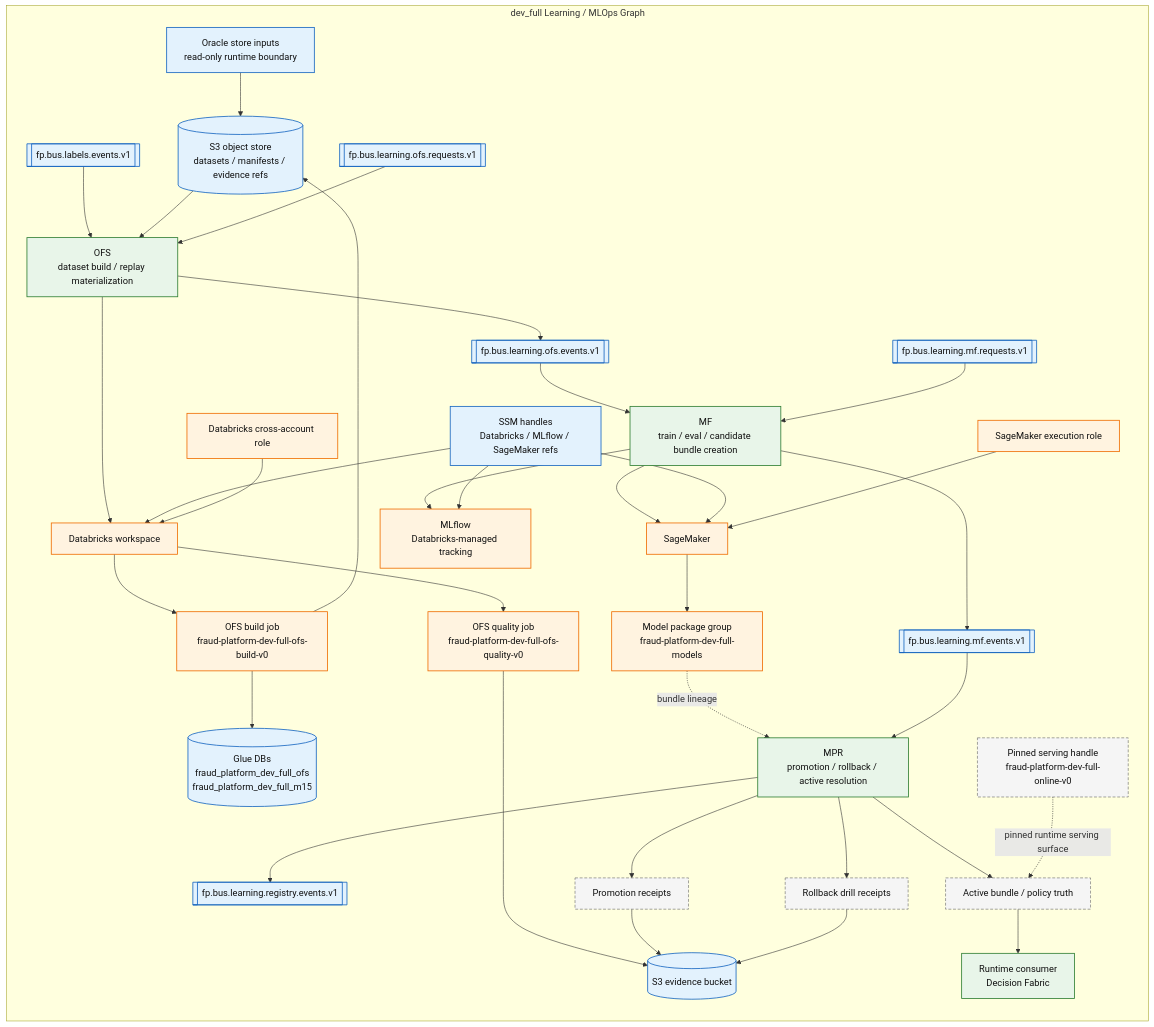
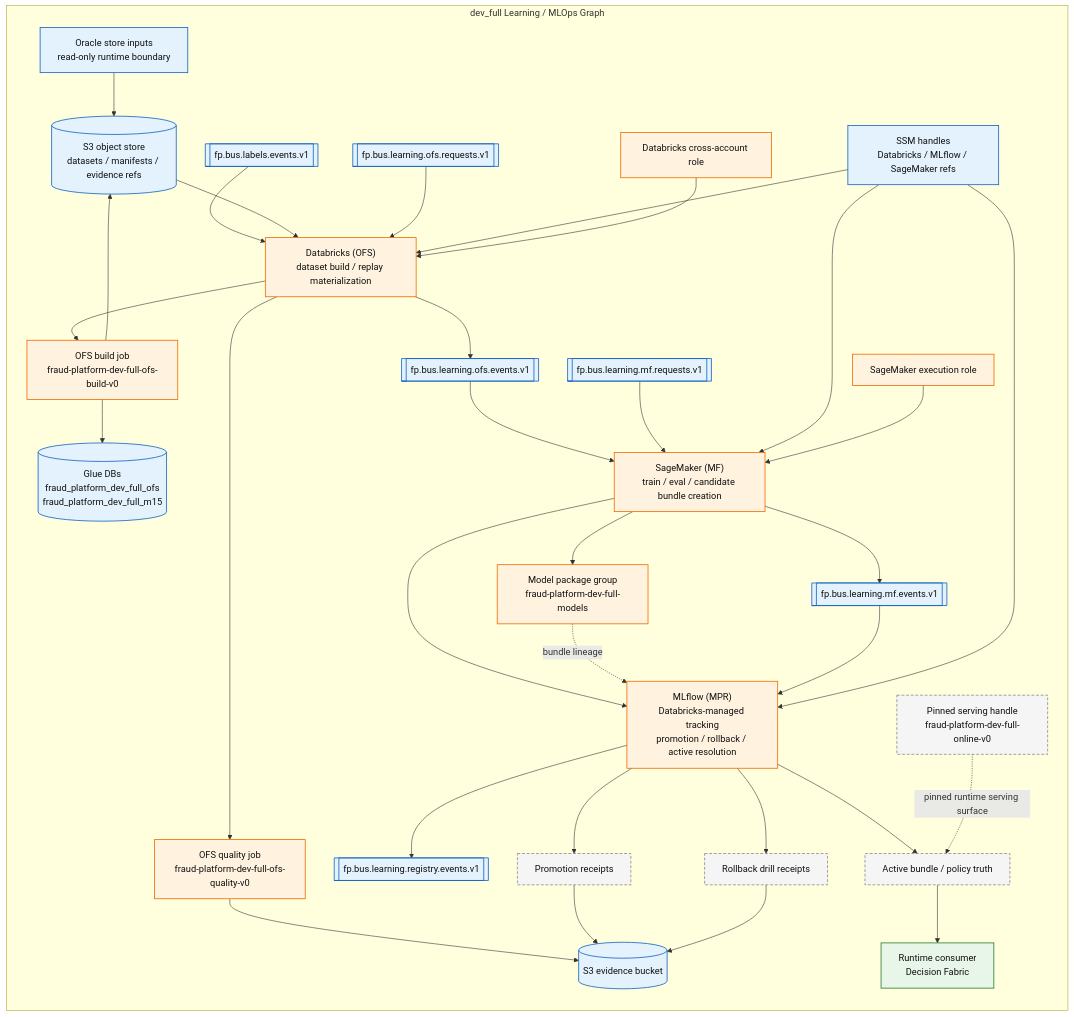
The diagram in docs/design/platform/dev_full/graph/dev_full_platform_learning_mlops_current_v0.mermaid.mmd (EsosaOrumwese/fraud-detection-system), drawn with Mermaid before and after one commit. The commit also changed 8 other files, not shown here.

Commit message:
Refactor learning-plane modeling and add resource topology graph for clarity

```diff
--- a/docs/design/platform/dev_full/graph/dev_full_platform_learning_mlops_current_v0.mermaid.mmd
+++ b/docs/design/platform/dev_full/graph/dev_full_platform_learning_mlops_current_v0.mermaid.mmd
@@ -1,82 +1,77 @@
 ---
 config:
   layout: dagre
   theme: default
 ---
 flowchart LR
 
   subgraph LEARN["dev_full Learning / MLOps Graph"]
     ORACLE["Oracle store inputs<br>read-only runtime boundary"]
     OBJ[("S3 object store<br>datasets / manifests / evidence refs")]
     TLABELS[["fp.bus.labels.events.v1"]]
     TOFSREQ[["fp.bus.learning.ofs.requests.v1"]]
     TOFSEVT[["fp.bus.learning.ofs.events.v1"]]
     TMFREQ[["fp.bus.learning.mf.requests.v1"]]
     TMFEVT[["fp.bus.learning.mf.events.v1"]]
     TREG[["fp.bus.learning.registry.events.v1"]]
 
-    OFS["OFS<br>dataset build / replay materialization"]
-    DBX["Databricks workspace"]
+    DBX["Databricks (OFS)<br>dataset build / replay materialization"]
     DBXBUILD["OFS build job<br>fraud-platform-dev-full-ofs-build-v0"]
     DBXQUAL["OFS quality job<br>fraud-platform-dev-full-ofs-quality-v0"]
     GLUEDB[("Glue DBs<br>fraud_platform_dev_full_ofs<br>fraud_platform_dev_full_m15")]
 
-    MF["MF<br>train / eval / candidate bundle creation"]
-    SM["SageMaker"]
-    MLFLOW["MLflow<br>Databricks-managed tracking"]
+    SM["SageMaker (MF)<br>train / eval / candidate bundle creation"]
+    MLFLOW["MLflow (MPR)<br>Databricks-managed tracking<br>promotion / rollback / active resolution"]
     SMPKG["Model package group<br>fraud-platform-dev-full-models"]
     SMENDPT["Pinned serving handle<br>fraud-platform-dev-full-online-v0"]
 
-    MPR["MPR<br>promotion / rollback / active resolution"]
     REGACTIVE["Active bundle / policy truth"]
     DF["Runtime consumer<br>Decision Fabric"]
 
     EVID[("S3 evidence bucket")]
     PROMO["Promotion receipts"]
     ROLLBACK["Rollback drill receipts"]
     SSM["SSM handles<br>Databricks / MLflow / SageMaker refs"]
     ROLEDBX["Databricks cross-account role"]
     ROLESM["SageMaker execution role"]
   end
 
   ORACLE --> OBJ
-  TLABELS --> OFS
-  OBJ --> OFS
-  TOFSREQ --> OFS
-  OFS --> DBX
+  TLABELS --> DBX
+  OBJ --> DBX
+  TOFSREQ --> DBX
   DBX --> DBXBUILD
   DBX --> DBXQUAL
   DBXBUILD --> GLUEDB
   DBXBUILD --> OBJ
   DBXQUAL --> EVID
-  OFS --> TOFSEVT
-  TOFSEVT --> MF
-  TMFREQ --> MF
-  MF --> SM
-  MF --> MLFLOW
-  MF --> TMFEVT
+  DBX --> TOFSEVT
+  TOFSEVT --> SM
+  TMFREQ --> SM
+  SM --> MLFLOW
+  SM --> TMFEVT
   SM --> SMPKG
-  SMPKG -. bundle lineage .-> MPR
-  TMFEVT --> MPR
-  MPR --> TREG
-  MPR --> PROMO
-  MPR --> ROLLBACK
-  MPR --> REGACTIVE
+  SMPKG -. bundle lineage .-> MLFLOW
+  TMFEVT --> MLFLOW
+  MLFLOW --> TREG
+  MLFLOW --> PROMO
+  MLFLOW --> ROLLBACK
+  MLFLOW --> REGACTIVE
   SMENDPT -. pinned runtime serving surface .-> REGACTIVE
   REGACTIVE --> DF
   PROMO --> EVID
   ROLLBACK --> EVID
   SSM --> DBX
   SSM --> MLFLOW
   SSM --> SM
   ROLEDBX --> DBX
   ROLESM --> SM
 
   classDef live fill:#e8f5e9,stroke:#2e7d32,color:#111,stroke-width:1.4px;
   classDef store fill:#e3f2fd,stroke:#1565c0,color:#111,stroke-width:1.4px;
   classDef managed fill:#fff3e0,stroke:#ef6c00,color:#111,stroke-width:1.4px;
   classDef retained fill:#f5f5f5,stroke:#616161,color:#111,stroke-dasharray: 5 3;
-  class OFS,MF,MPR,DF live;
+  class DF live;
   class ORACLE,OBJ,GLUEDB,EVID,SSM,TOFSREQ,TOFSEVT,TMFREQ,TMFEVT,TREG,TLABELS store;
-  class DBX,DBXBUILD,DBXQUAL,SM,MLFLOW,SMPKG,ROLEDBX,ROLESM managed;
+  class DBX,SM,MLFLOW,DBXBUILD,DBXQUAL,SMPKG,ROLEDBX,ROLESM managed;
   class SMENDPT,REGACTIVE,PROMO,ROLLBACK retained;
```
